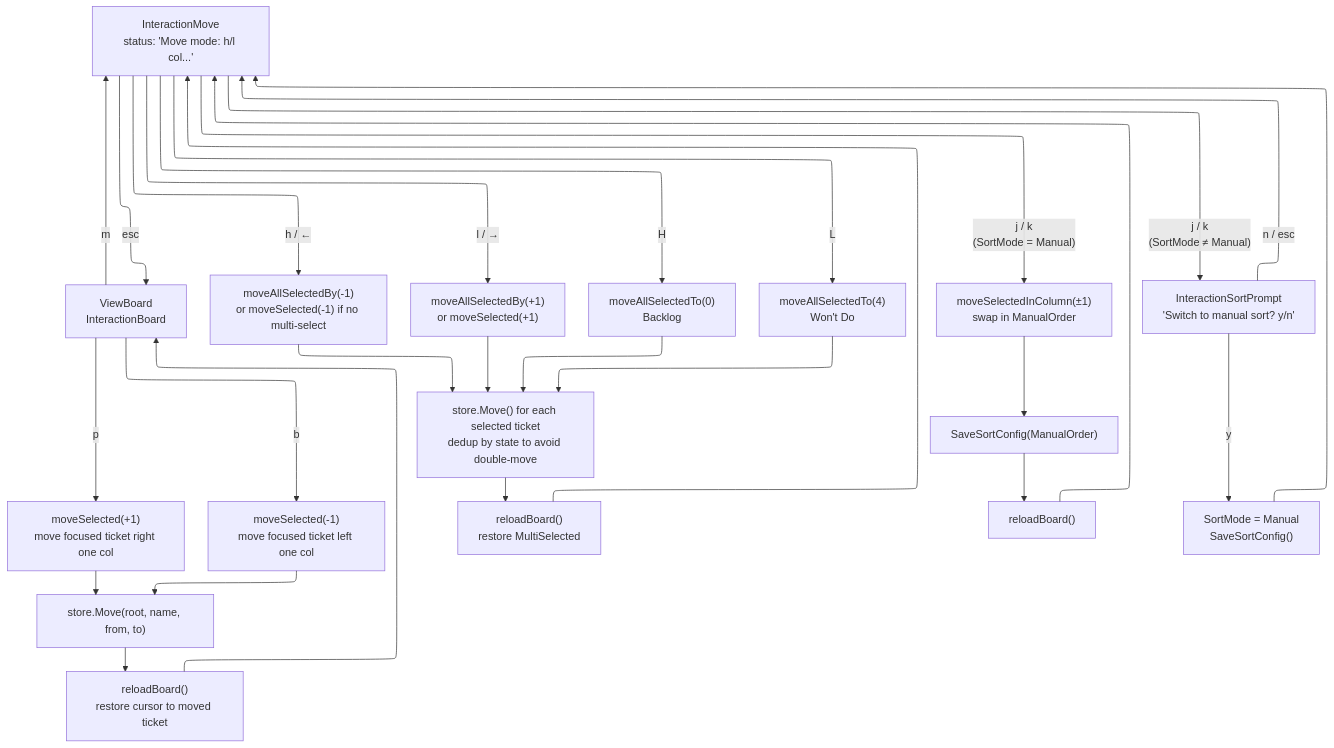
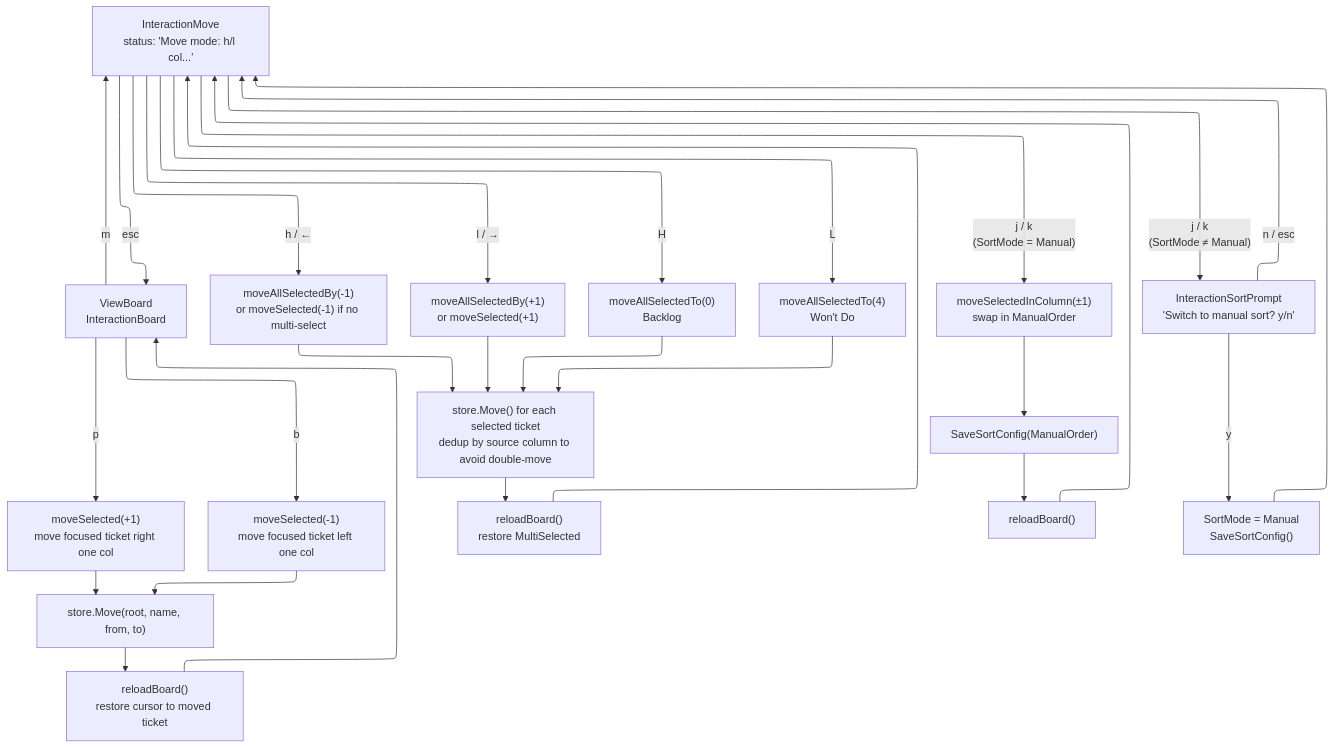
One commit to dawidsok/tickcats changed the first of 3 diagrams in docs/flows/move-ticket.md. Above: the diagram before and after it, drawn with Mermaid. The commit also changed other lines of this file and 29 other files, not shown here.

````diff
--- a/docs/flows/move-ticket.md
+++ b/docs/flows/move-ticket.md
@@ -7,35 +7,35 @@
 ```mermaid
 %%{init: {"flowchart": {"defaultRenderer": "elk"}} }%%
 flowchart TD
     Board["ViewBoard\nInteractionBoard"] -->|"p"| QuickRight["moveSelected(+1)\nmove focused ticket right one col"]
     Board -->|"b"| QuickLeft["moveSelected(-1)\nmove focused ticket left one col"]
     QuickRight --> StoreMove["store.Move(root, name, from, to)"]
     QuickLeft --> StoreMove
     StoreMove --> Reload["reloadBoard()\nrestore cursor to moved ticket"]
     Reload --> Board
 
     Board -->|"m"| MoveMode["InteractionMove\nstatus: 'Move mode: h/l col...'"]
 
     MoveMode -->|"esc"| Board
     MoveMode -->|"h / ←"| BulkLeft["moveAllSelectedBy(-1)\nor moveSelected(-1) if no multi-select"]
     MoveMode -->|"l / →"| BulkRight["moveAllSelectedBy(+1)\nor moveSelected(+1)"]
     MoveMode -->|"H"| BulkFirst["moveAllSelectedTo(0)\nBacklog"]
     MoveMode -->|"L"| BulkLast["moveAllSelectedTo(4)\nWon't Do"]
 
-    BulkLeft --> BulkStore["store.Move() for each selected ticket\ndedup by state to avoid double-move"]
+    BulkLeft --> BulkStore["store.Move() for each selected ticket\ndedup by source column to avoid double-move"]
     BulkRight --> BulkStore
     BulkFirst --> BulkStore
     BulkLast --> BulkStore
     BulkStore --> BulkReload["reloadBoard()\nrestore MultiSelected"]
     BulkReload --> MoveMode
 
     MoveMode -->|"j / k\n(SortMode = Manual)"| Reorder["moveSelectedInColumn(±1)\nswap in ManualOrder"]
     Reorder --> SaveSort["SaveSortConfig(ManualOrder)"]
     SaveSort --> Reload2["reloadBoard()"]
     Reload2 --> MoveMode
 
     MoveMode -->|"j / k\n(SortMode ≠ Manual)"| SortPrompt["InteractionSortPrompt\n'Switch to manual sort? y/n'"]
     SortPrompt -->|"n / esc"| MoveMode
     SortPrompt -->|"y"| SwitchManual["SortMode = Manual\nSaveSortConfig()"]
     SwitchManual --> MoveMode
 ```
````
